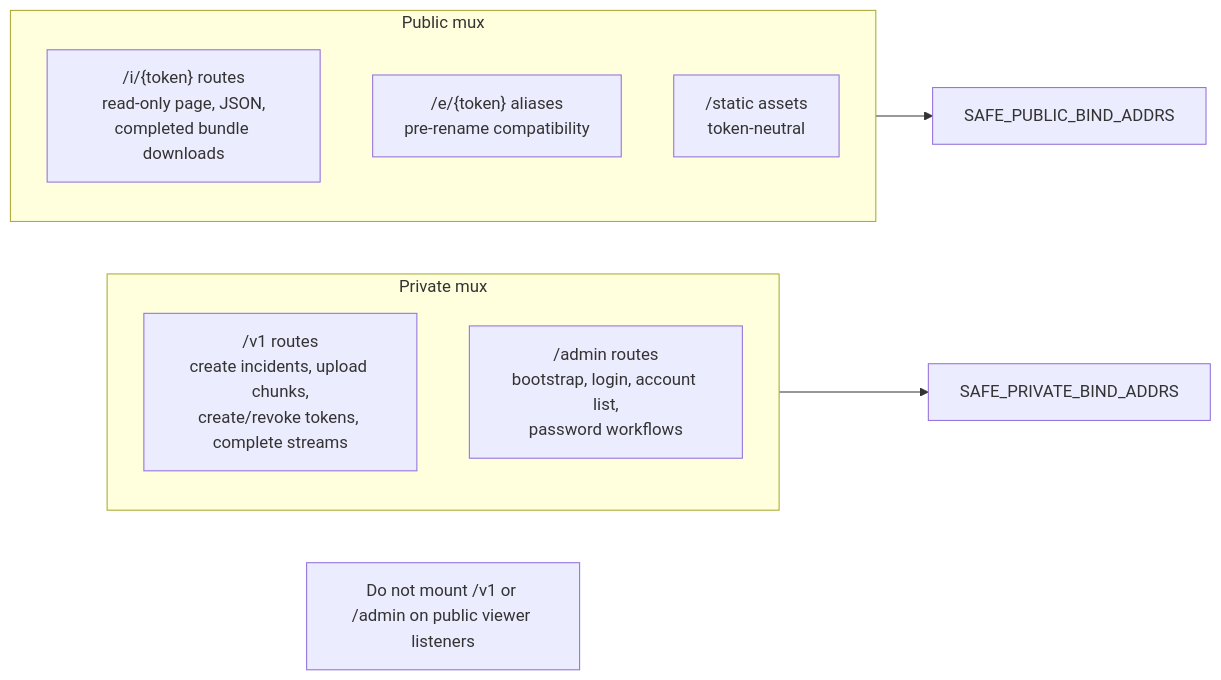
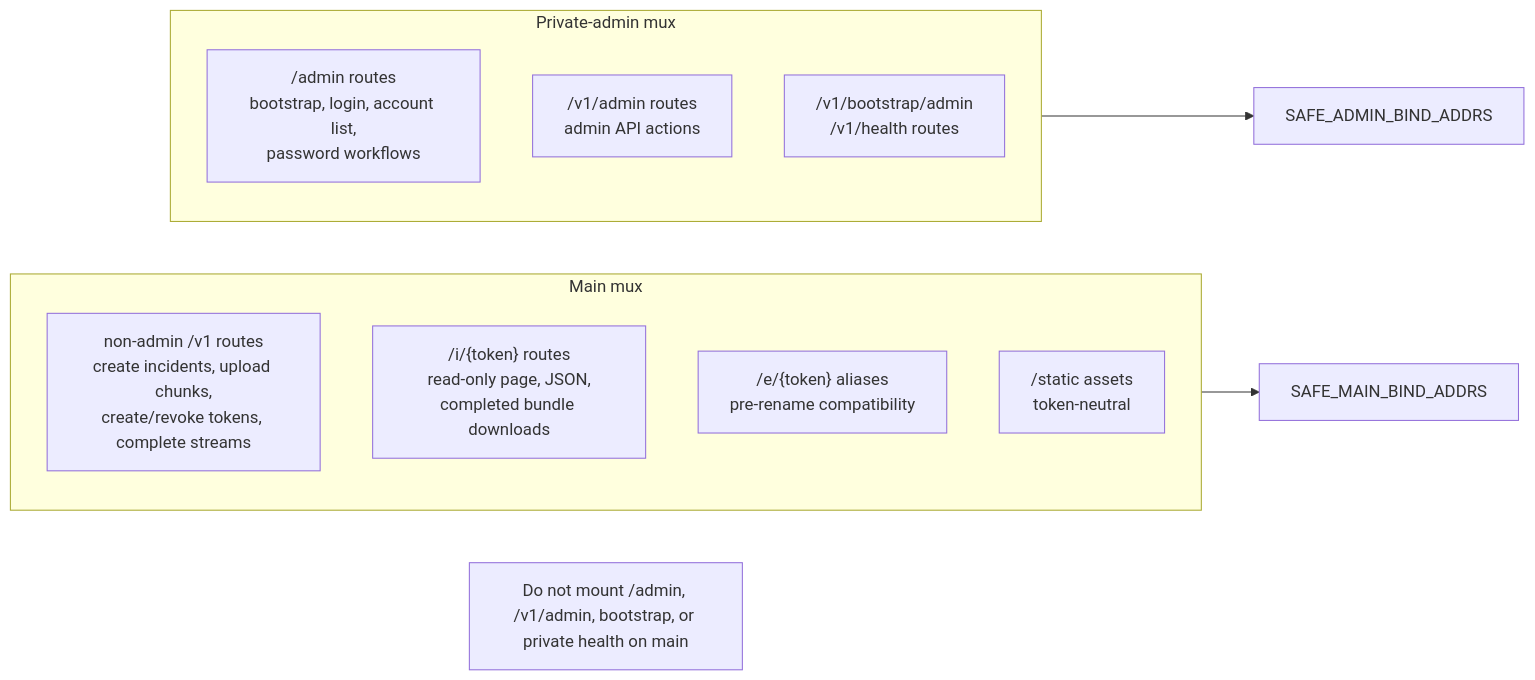
One commit to open-proofline/server changed the fourth of 4 diagrams in docs/architecture.md. Above: the diagram before and after it, drawn with Mermaid. The commit also changed other lines of this file and 62 other files, not shown here.

Commit message:
Move incident viewer onto main listener

````diff
--- a/docs/architecture.md
+++ b/docs/architecture.md
@@ -163,18 +169,20 @@
 ```mermaid
 flowchart LR
-    subgraph PrivateMux["Private mux"]
-        V1["/v1 routes<br/>create incidents, upload chunks,<br/>create/revoke tokens, complete streams"]
-        AdminWeb["/admin routes<br/>bootstrap, login, account list,<br/>password workflows"]
-    end
-
-    subgraph PublicMux["Public mux"]
+    subgraph MainMux["Main mux"]
+        V1["non-admin /v1 routes<br/>create incidents, upload chunks,<br/>create/revoke tokens, complete streams"]
         Viewer["/i/{token} routes<br/>read-only page, JSON,<br/>completed bundle downloads"]
         LegacyViewer["/e/{token} aliases<br/>pre-rename compatibility"]
         Static["/static assets<br/>token-neutral"]
     end
 
-    PrivateMux --> PrivateBind["SAFE_PRIVATE_BIND_ADDRS"]
-    PublicMux --> PublicBind["SAFE_PUBLIC_BIND_ADDRS"]
+    subgraph AdminMux["Private-admin mux"]
+        AdminWeb["/admin routes<br/>bootstrap, login, account list,<br/>password workflows"]
+        AdminAPI["/v1/admin routes<br/>admin API actions"]
+        BootstrapHealth["/v1/bootstrap/admin<br/>/v1/health routes"]
+    end
 
-    Warning["Do not mount /v1 or /admin on public viewer listeners"]
+    MainMux --> MainBind["SAFE_MAIN_BIND_ADDRS"]
+    AdminMux --> AdminBind["SAFE_ADMIN_BIND_ADDRS"]
+
+    Warning["Do not mount /admin, /v1/admin, bootstrap, or private health on main"]
 ```
````
